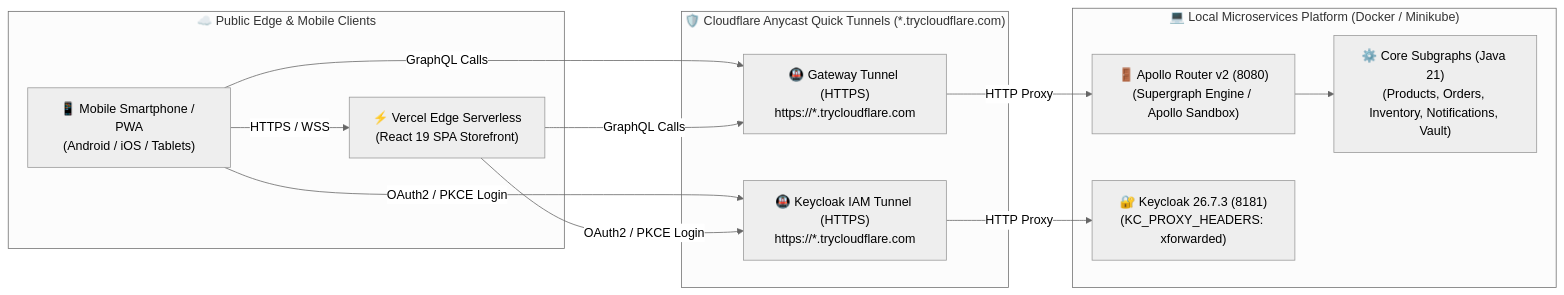
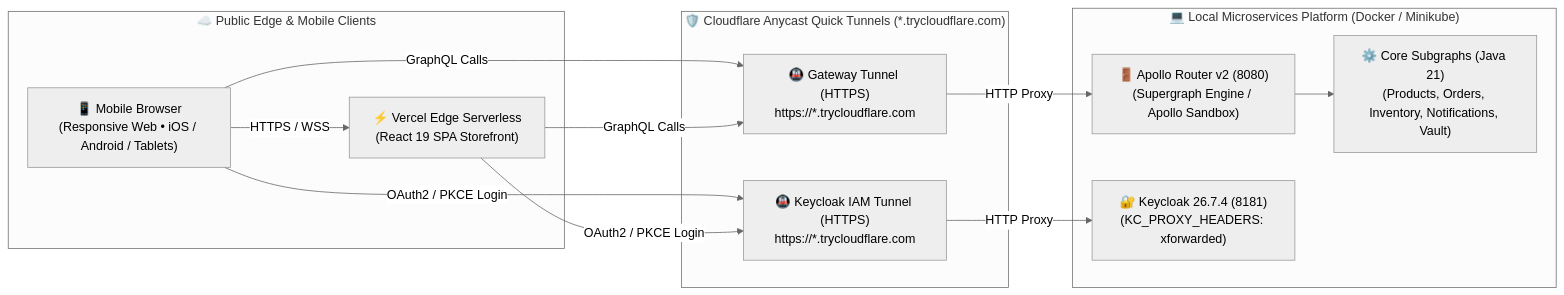
One commit to GeorgeGxx/microservices-architecture changed the sixth of 6 diagrams in docs/ARCHITECTURE.md. Above: the diagram before and after it, drawn with Mermaid (neutral theme). The commit also changed other lines of this file and 11 other files, not shown here.

Commit message:
docs(architecture): sync platform and 12-cluster topology

````diff
--- a/docs/ARCHITECTURE.md
+++ b/docs/ARCHITECTURE.md
@@ -502,25 +505,25 @@
 ```mermaid
 graph LR
     subgraph PublicInternet ["☁️ Public Edge & Mobile Clients"]
-        Mobile["📱 Mobile Smartphone / PWA<br/>(Android / iOS / Tablets)"]
+        Mobile["📱 Mobile Browser<br/>(Responsive Web • iOS / Android / Tablets)"]
         Vercel["⚡ Vercel Edge Serverless<br/>(React 19 SPA Storefront)"]
     end
 
     subgraph CloudflareEdge ["🛡️ Cloudflare Anycast Quick Tunnels (*.trycloudflare.com)"]
         CFTunnel1["🚇 Gateway Tunnel (HTTPS)<br/>https://*.trycloudflare.com"]
         CFTunnel2["🚇 Keycloak IAM Tunnel (HTTPS)<br/>https://*.trycloudflare.com"]
     end
 
     subgraph LocalInfrastructure ["💻 Local Microservices Platform (Docker / Minikube)"]
         APIGW["🚪 Apollo Router v2 (8080)<br/>(Supergraph Engine / Apollo Sandbox)"]
-        Keycloak["🔐 Keycloak 26.7.3 (8181)<br/>(KC_PROXY_HEADERS: xforwarded)"]
+        Keycloak["🔐 Keycloak 26.7.4 (8181)<br/>(KC_PROXY_HEADERS: xforwarded)"]
         Microservices["⚙️ Core Subgraphs (Java 21)<br/>(Products, Orders, Inventory, Notifications, Vault)"]
     end
 
     Mobile -->|HTTPS / WSS| Vercel
     Mobile & Vercel -->|GraphQL Calls| CFTunnel1
     Mobile & Vercel -->|OAuth2 / PKCE Login| CFTunnel2
     CFTunnel1 -->|HTTP Proxy| APIGW
     CFTunnel2 -->|HTTP Proxy| Keycloak
     APIGW --> Microservices
 ```
````
